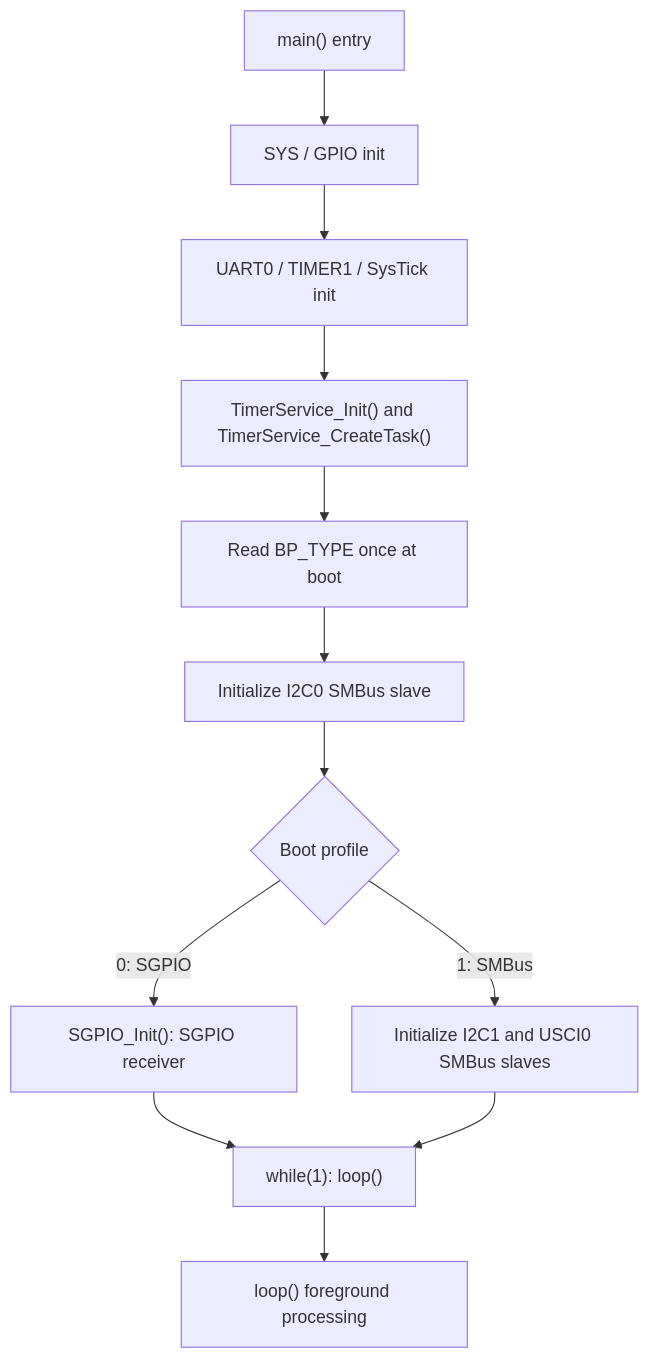
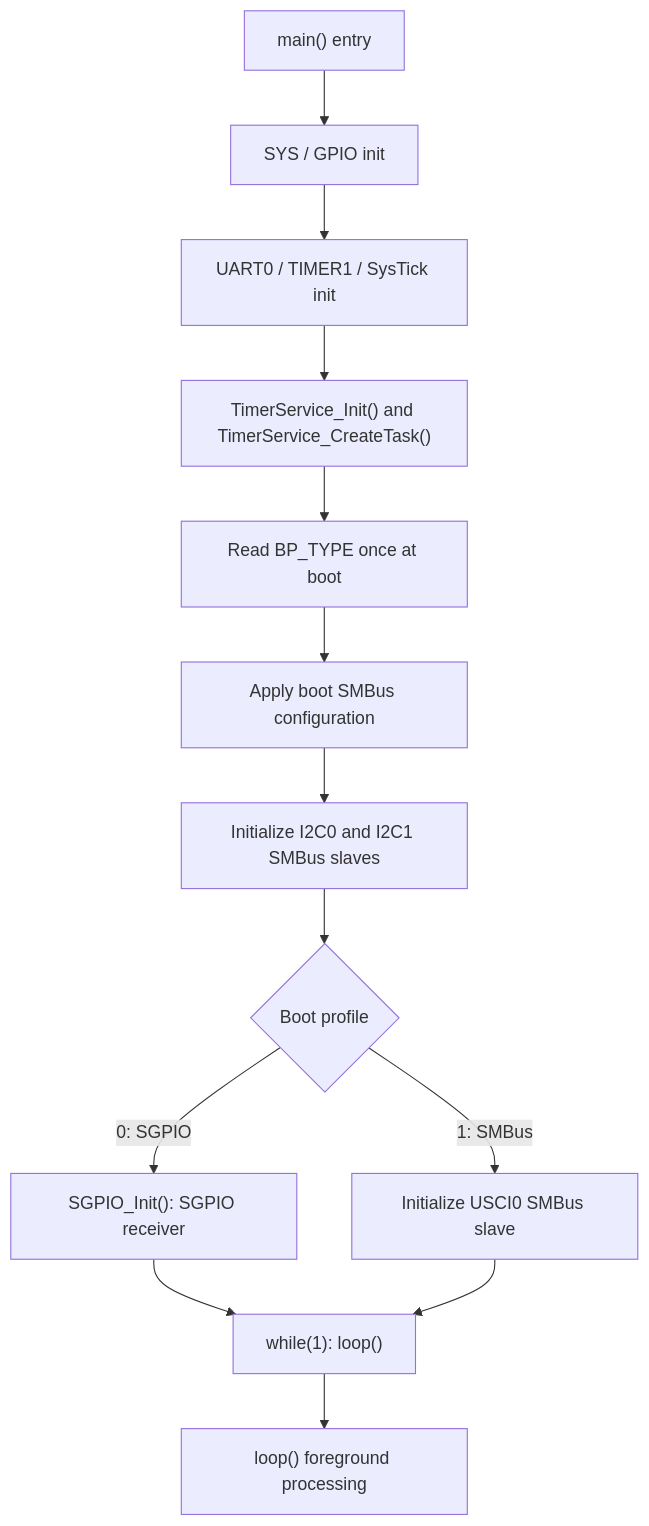
The first of 4 diagrams in README.md (released/M031BSP_Software_SGPIO_I2C_Slave), drawn with Mermaid before and after one commit. The commit also changed other lines of this file and 5 other files, not shown here.

````diff
--- a/README.md
+++ b/README.md
@@ -174,14 +178,15 @@
 ```mermaid
 flowchart TD
     A["main() entry"] --> B["SYS / GPIO init"]
     B --> D["UART0 / TIMER1 / SysTick init"]
     D --> E["TimerService_Init() and TimerService_CreateTask()"]
     E --> F["Read BP_TYPE once at boot"]
-    F --> G["Initialize I2C0 SMBus slave"]
-    G --> H{"Boot profile"}
+    F --> G["Apply boot SMBus configuration"]
+    G --> I["Initialize I2C0 and I2C1 SMBus slaves"]
+    I --> H{"Boot profile"}
     H -->|0: SGPIO| J["SGPIO_Init(): SGPIO receiver"]
-    H -->|1: SMBus| L["Initialize I2C1 and USCI0 SMBus slaves"]
+    H -->|1: SMBus| L["Initialize USCI0 SMBus slave"]
     J --> M["while(1): loop()"]
     L --> M
     M --> N["loop() foreground processing"]
 ```
````
